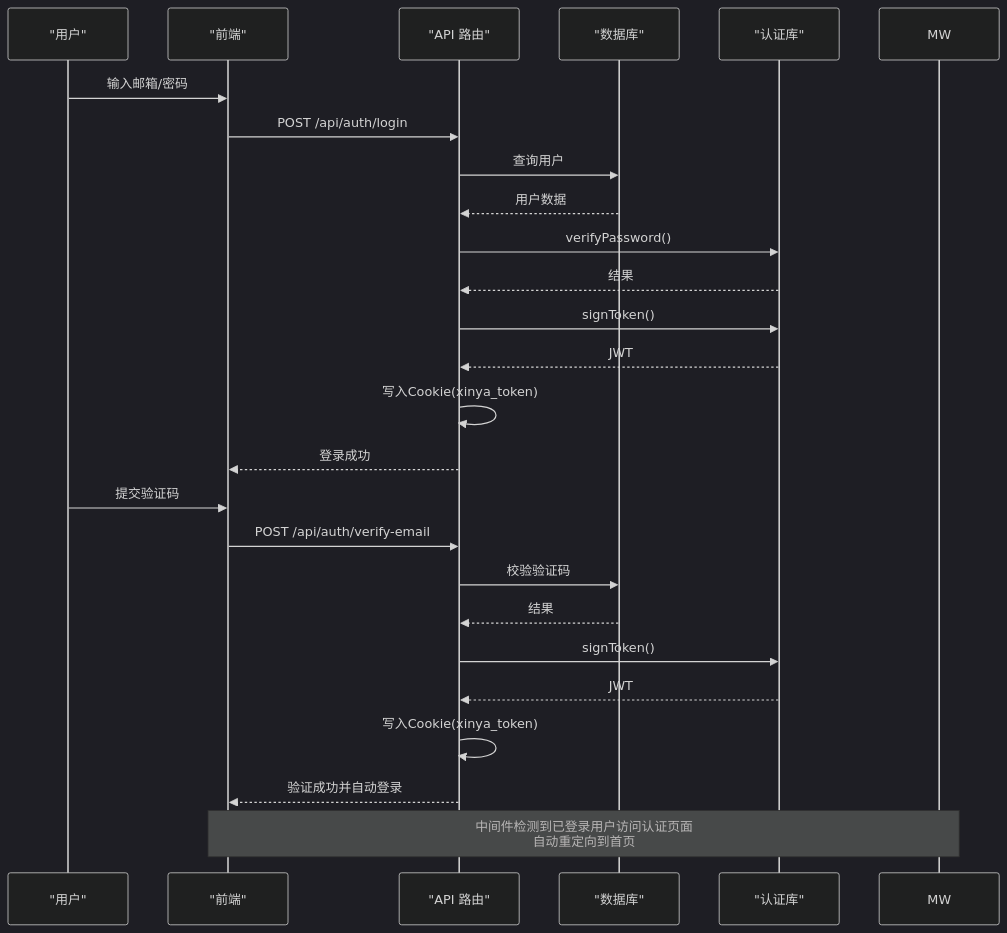
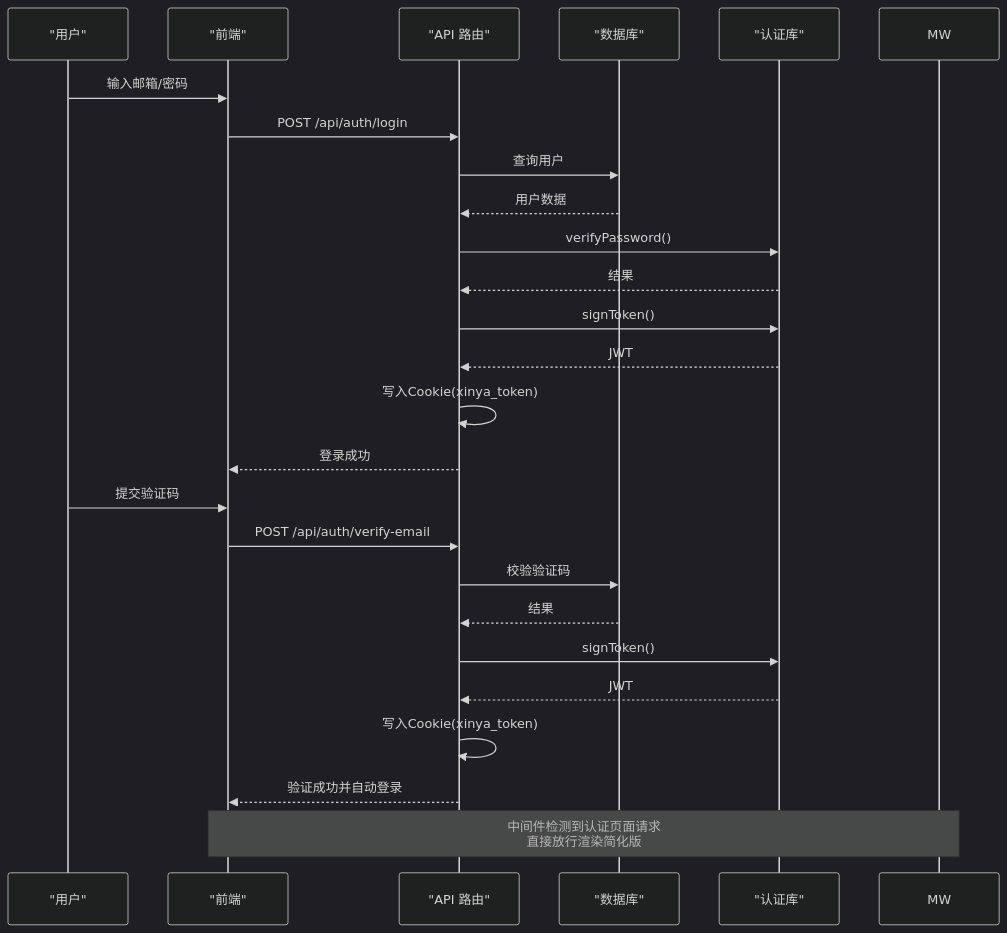
One commit to kangkang919/xinya changed the sixth of 7 diagrams in .qoder/repowiki/zh/content/用户认证系统/认证中间件.md. Above: the diagram before and after it, drawn with Mermaid (dark theme). The commit also changed other lines of this file and 37 other files, not shown here.

````diff
--- a/.qoder/repowiki/zh/content/用户认证系统/认证中间件.md
+++ b/.qoder/repowiki/zh/content/用户认证系统/认证中间件.md
@@ -292,27 +283,27 @@
 ```mermaid
 sequenceDiagram
 participant U as "用户"
 participant FE as "前端"
 participant API as "API 路由"
 participant DB as "数据库"
 participant AUTH as "认证库"
 U->>FE : 输入邮箱/密码
 FE->>API : POST /api/auth/login
 API->>DB : 查询用户
 DB-->>API : 用户数据
 API->>AUTH : verifyPassword()
 AUTH-->>API : 结果
 API->>AUTH : signToken()
 AUTH-->>API : JWT
 API->>API : 写入Cookie(xinya_token)
 API-->>FE : 登录成功
 U->>FE : 提交验证码
 FE->>API : POST /api/auth/verify-email
 API->>DB : 校验验证码
 DB-->>API : 结果
 API->>AUTH : signToken()
 AUTH-->>API : JWT
 API->>API : 写入Cookie(xinya_token)
 API-->>FE : 验证成功并自动登录
-Note over FE,MW : 中间件检测到已登录用户访问认证页面<br/>自动重定向到首页
+Note over FE,MW : 中间件检测到认证页面请求<br/>直接放行渲染简化版
 ```
````
